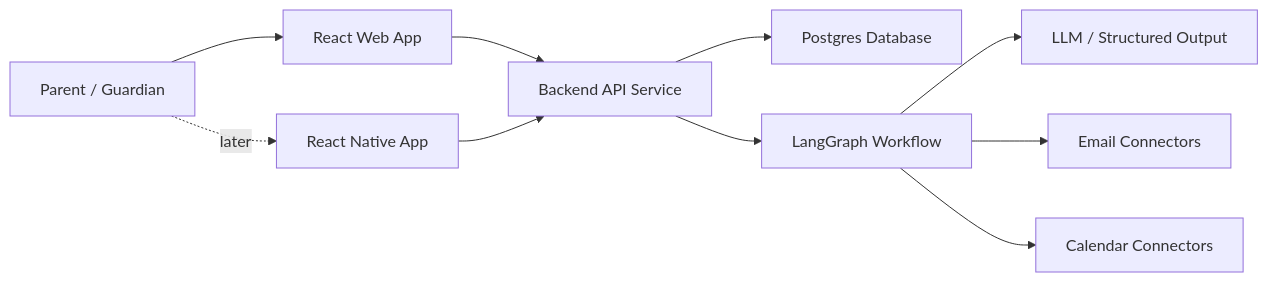
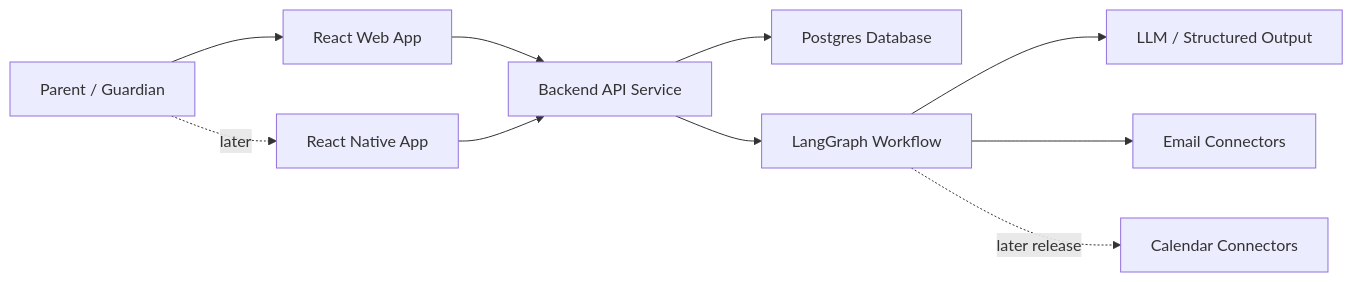
The diagram in docs/architecture/overview.md (kid-scheduler/school-email-assistant), drawn with Mermaid before and after one commit. The commit also changed other lines of this file and 13 other files, not shown here.

````diff
--- a/docs/architecture/overview.md
+++ b/docs/architecture/overview.md
@@ -9,12 +9,12 @@
 ```mermaid
 flowchart LR
   User["Parent / Guardian"] --> Web["React Web App"]
   User -. "later" .-> Mobile["React Native App"]
   Web --> API["Backend API Service"]
   Mobile --> API
   API --> DB["Postgres Database"]
   API --> Graph["LangGraph Workflow"]
   Graph --> Model["LLM / Structured Output"]
   Graph --> Email["Email Connectors"]
-  Graph --> Calendar["Calendar Connectors"]
+  Graph -. "later release" .-> Calendar["Calendar Connectors"]
 ```
````
